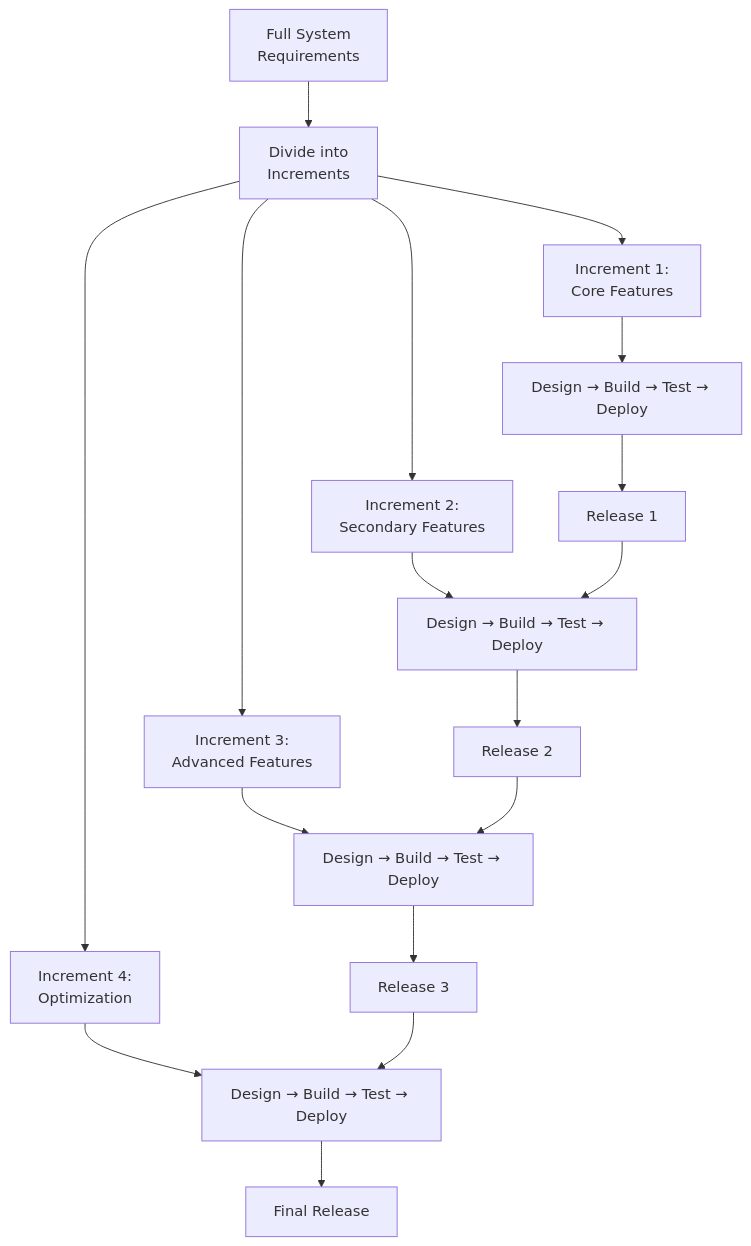
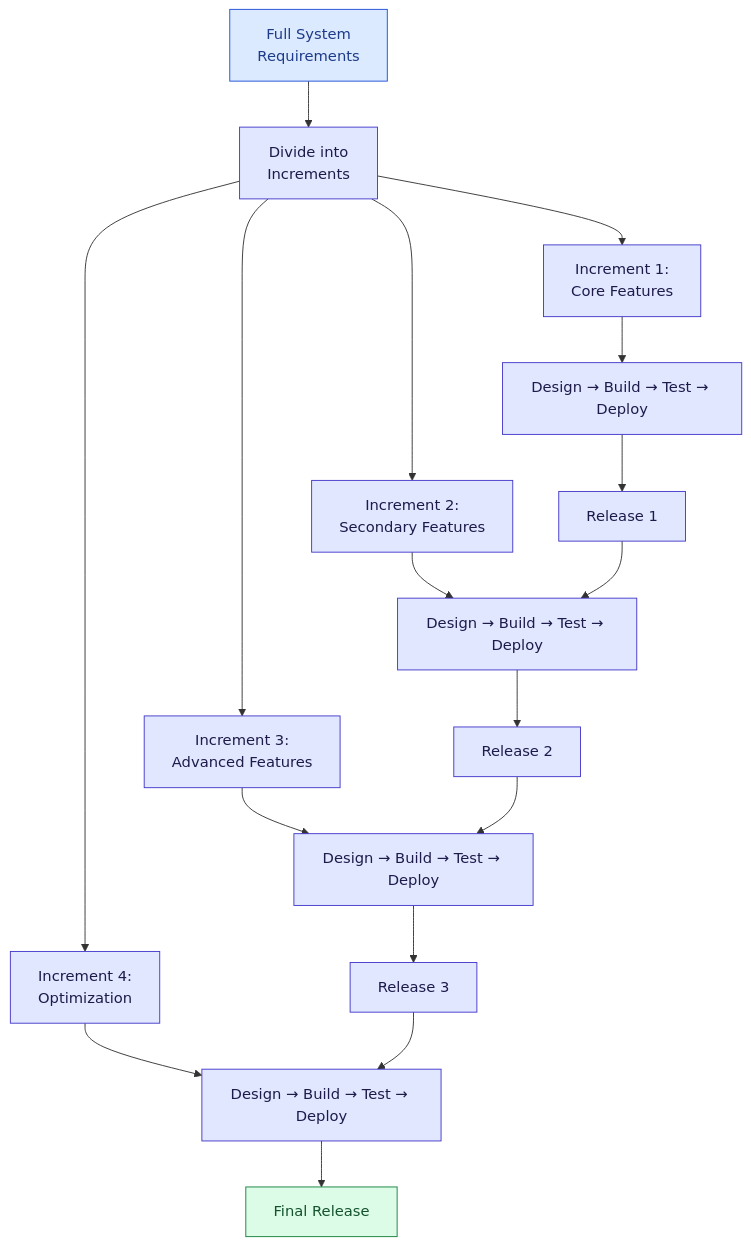
The seventh of 11 diagrams in Part_04_SDLC_Models.md (ghanendra-sdet/manual-testing-playbook), drawn with Mermaid before and after one commit. The commit also changed other lines of this file and 15 other files, not shown here.

Commit message:
Fix broken routes and anchors; update OWASP 2025, ISTQB v4.0, WCAG 2.2, Jira/Zephyr naming and pricing; style diagrams

````diff
--- a/Part_04_SDLC_Models.md
+++ b/Part_04_SDLC_Models.md
@@ -869,21 +894,30 @@
 ```mermaid
 flowchart TD
-    A["Full System\nRequirements"] --> B["Divide into\nIncrements"]
-    B --> C["Increment 1:\nCore Features"]
-    B --> D["Increment 2:\nSecondary Features"]
-    B --> E["Increment 3:\nAdvanced Features"]
-    B --> F["Increment 4:\nOptimization"]
+    A["Full System<br/>Requirements"] --> B["Divide into<br/>Increments"]
+    B --> C["Increment 1:<br/>Core Features"]
+    B --> D["Increment 2:<br/>Secondary Features"]
+    B --> E["Increment 3:<br/>Advanced Features"]
+    B --> F["Increment 4:<br/>Optimization"]
 
     C --> G["Design → Build → Test → Deploy"]
     D --> H["Design → Build → Test → Deploy"]
     E --> I["Design → Build → Test → Deploy"]
     F --> J["Design → Build → Test → Deploy"]
 
     G --> K["Release 1"]
     K --> H
     H --> L["Release 2"]
     L --> I
     I --> M["Release 3"]
     M --> J
     J --> N["Final Release"]
+
+    classDef start fill:#dbeafe,stroke:#1d4ed8,color:#1e3a8a
+    classDef step fill:#e0e7ff,stroke:#4338ca,color:#1e1b4b
+    classDef decision fill:#fef3c7,stroke:#b45309,color:#78350f
+    classDef good fill:#dcfce7,stroke:#15803d,color:#14532d
+    classDef bad fill:#fee2e2,stroke:#b91c1c,color:#7f1d1d
+    class A start
+    class B,C,D,E,F,G,H,I,J,K,L,M step
+    class N good
 ```
````
